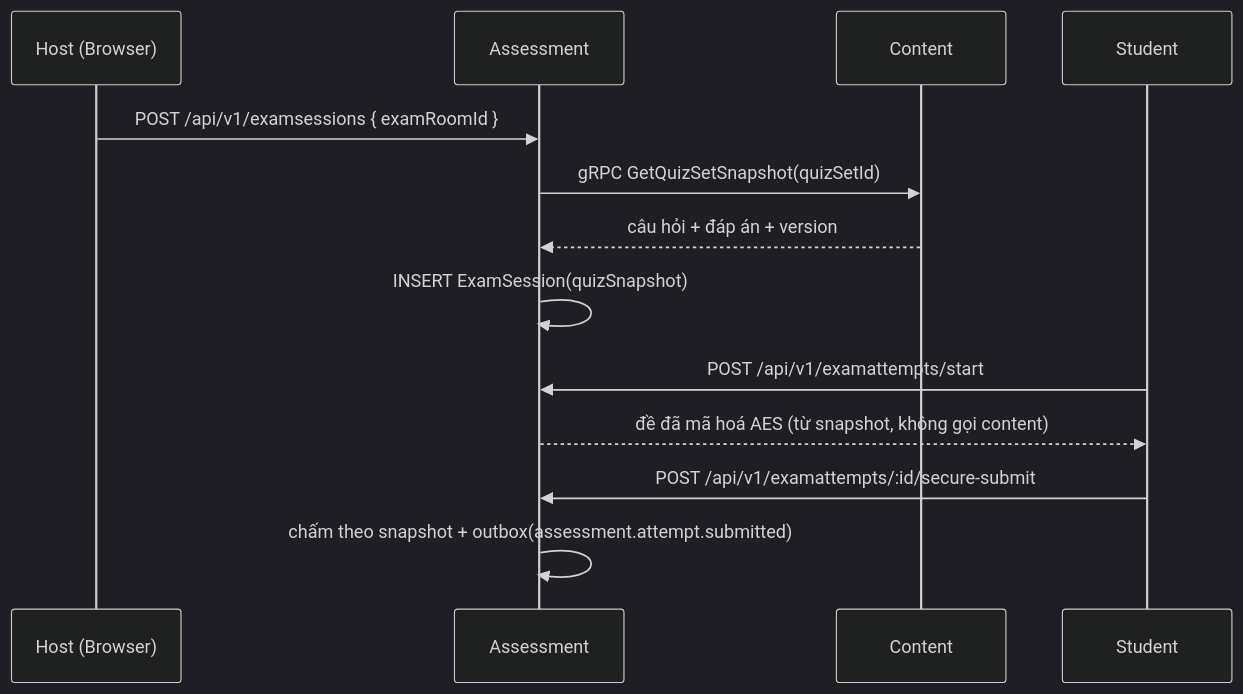
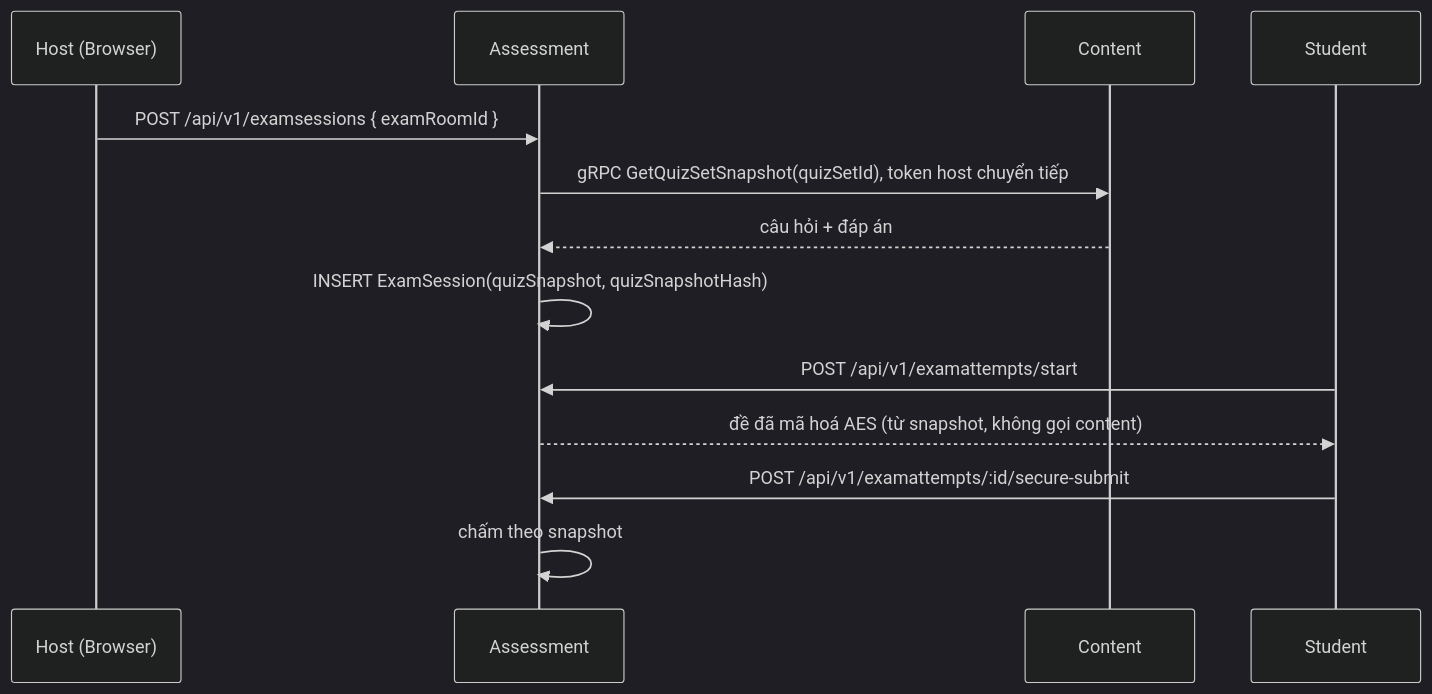
One commit to tgiap04/examio changed the fourth of 5 diagrams in ARCHITECTURE.md. Above: the diagram before and after it, drawn with Mermaid (dark theme). The commit also changed other lines of this file and 26 other files, not shown here.

First line of the commit message:
docs: sync architecture, system and generated docs with the microservice build

````diff
--- a/ARCHITECTURE.md
+++ b/ARCHITECTURE.md
@@ -797,16 +869,16 @@
 ```mermaid
 sequenceDiagram
     participant H as Host (Browser)
     participant AS as Assessment
     participant C as Content
     participant S as Student
 
     H->>AS: POST /api/v1/examsessions { examRoomId }
-    AS->>C: gRPC GetQuizSetSnapshot(quizSetId)
-    C-->>AS: câu hỏi + đáp án + version
-    AS->>AS: INSERT ExamSession(quizSnapshot)
+    AS->>C: gRPC GetQuizSetSnapshot(quizSetId), token host chuyển tiếp
+    C-->>AS: câu hỏi + đáp án
+    AS->>AS: INSERT ExamSession(quizSnapshot, quizSnapshotHash)
     S->>AS: POST /api/v1/examattempts/start
     AS-->>S: đề đã mã hoá AES (từ snapshot, không gọi content)
     S->>AS: POST /api/v1/examattempts/:id/secure-submit
-    AS->>AS: chấm theo snapshot + outbox(assessment.attempt.submitted)
+    AS->>AS: chấm theo snapshot
 ```
````
